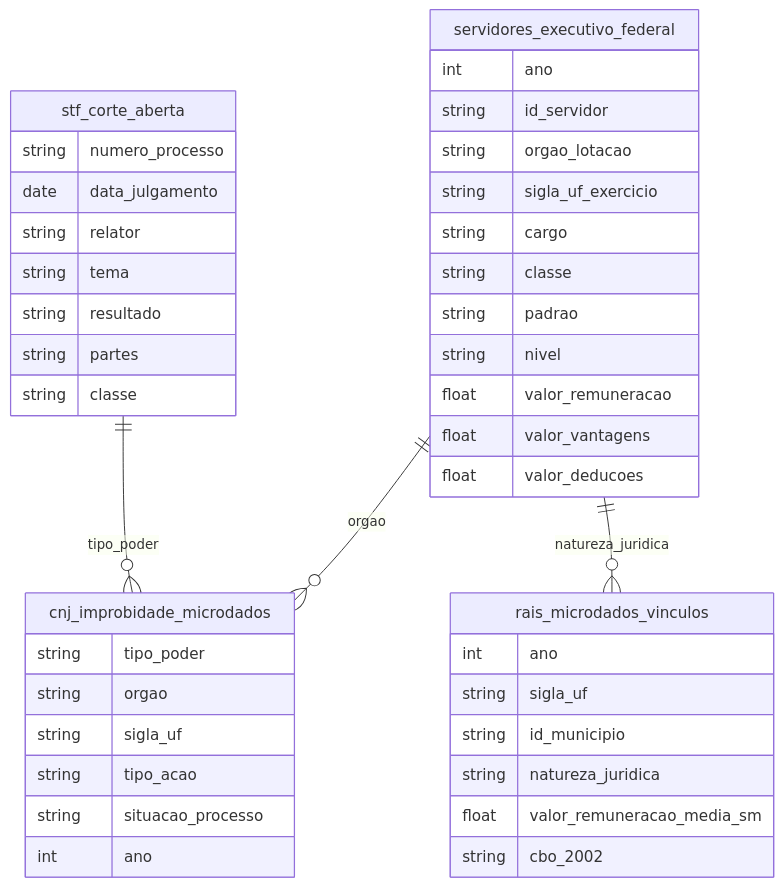
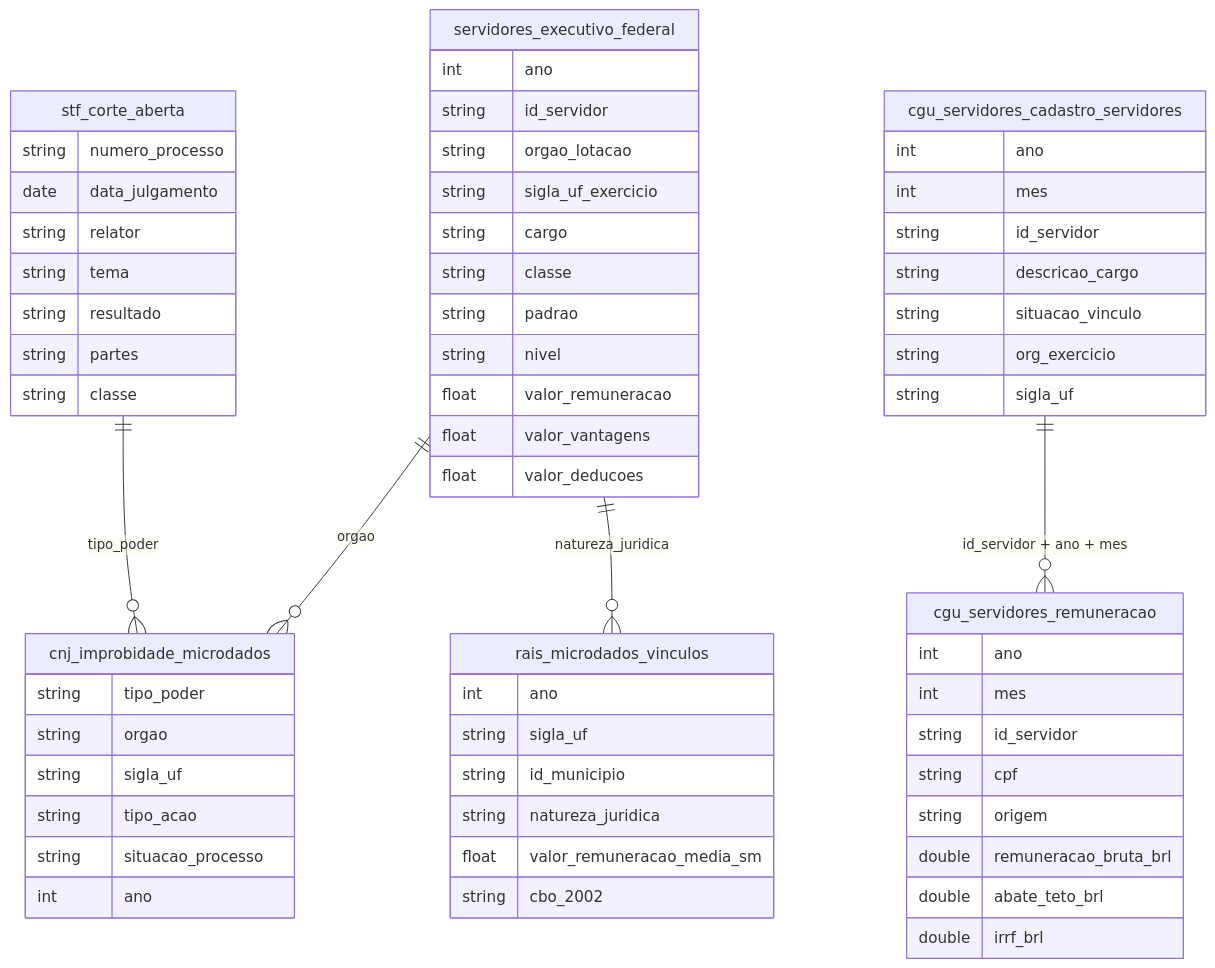
One commit to rafapolo/rodado changed the diagram in docs/mapa/overview/26_servidores_publicos.md. Above: the diagram before and after it, drawn with Mermaid. The commit also changed other lines of this file and 135 other files, not shown here.

````diff
--- a/docs/mapa/overview/26_servidores_publicos.md
+++ b/docs/mapa/overview/26_servidores_publicos.md
@@ -2,44 +2,64 @@
 ```mermaid
 erDiagram
     servidores_executivo_federal {
         int ano
         string id_servidor
         string orgao_lotacao
         string sigla_uf_exercicio
         string cargo
         string classe
         string padrao
         string nivel
         float valor_remuneracao
         float valor_vantagens
         float valor_deducoes
     }
     stf_corte_aberta {
         string numero_processo
         date data_julgamento
         string relator
         string tema
         string resultado
         string partes
         string classe
     }
     cnj_improbidade_microdados {
         string tipo_poder
         string orgao
         string sigla_uf
         string tipo_acao
         string situacao_processo
         int ano
     }
     rais_microdados_vinculos {
         int ano
         string sigla_uf
         string id_municipio
         string natureza_juridica
         float valor_remuneracao_media_sm
         string cbo_2002
     }
+    cgu_servidores_remuneracao {
+        int ano
+        int mes
+        string id_servidor
+        string cpf
+        string origem
+        double remuneracao_bruta_brl
+        double abate_teto_brl
+        double irrf_brl
+    }
+    cgu_servidores_cadastro_servidores {
+        int ano
+        int mes
+        string id_servidor
+        string descricao_cargo
+        string situacao_vinculo
+        string org_exercicio
+        string sigla_uf
+    }
     servidores_executivo_federal ||--o{ cnj_improbidade_microdados : "orgao"
     servidores_executivo_federal ||--o{ rais_microdados_vinculos : "natureza_juridica"
     stf_corte_aberta ||--o{ cnj_improbidade_microdados : "tipo_poder"
+    cgu_servidores_cadastro_servidores ||--o{ cgu_servidores_remuneracao : "id_servidor + ano + mes"
 ```
````
